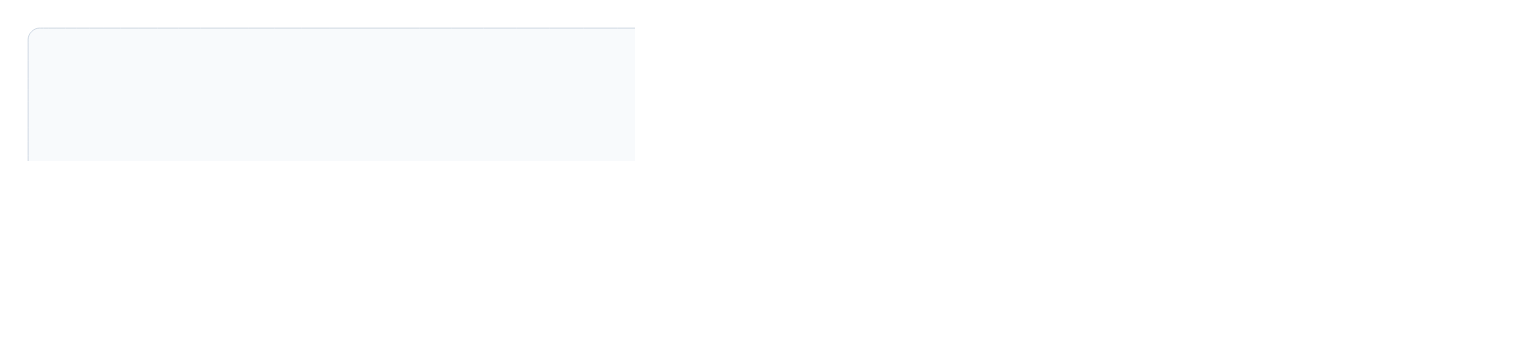
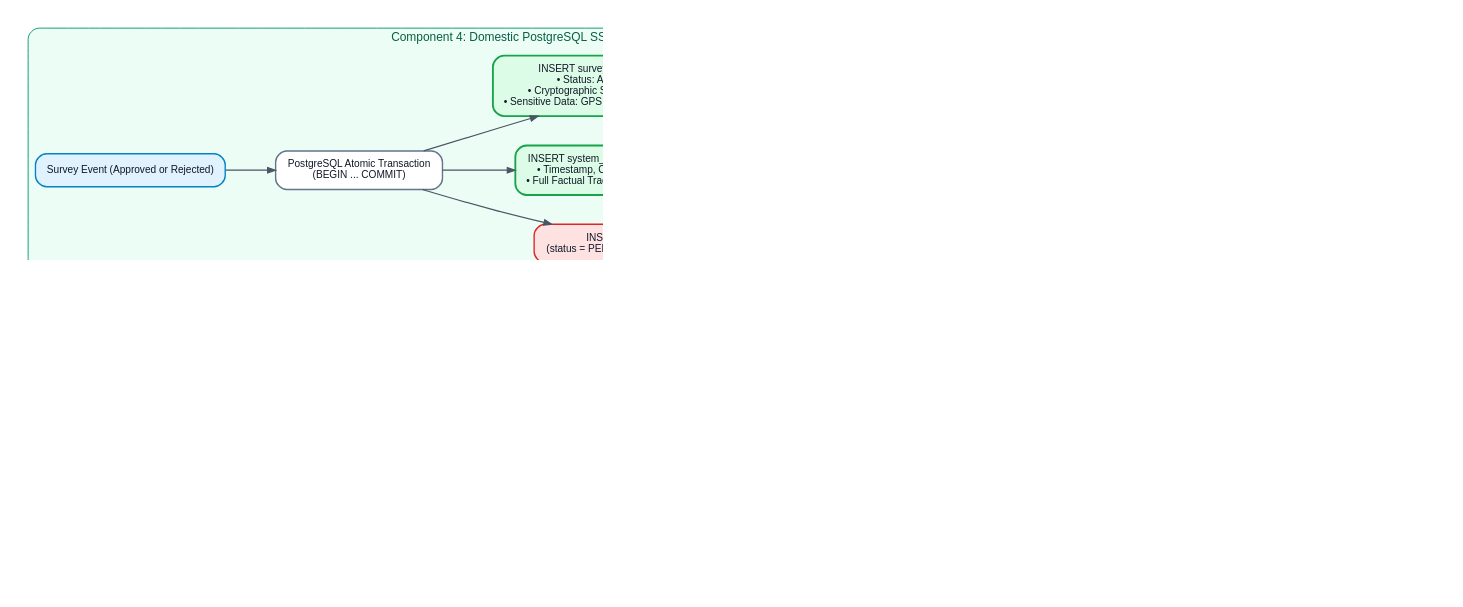
The diagram in docs/charts/dot/05_component_4_persistence_customer_delivery.dot (btanh3812155/survey-pipeline), drawn with Graphviz before and after one commit. The commit also changed 5 other files, not shown here.

Commit message:
feat(ssot): re-center architecture around domestic PostgreSQL SSOT and add full-spectrum legal audit trail

```diff
--- a/docs/charts/dot/05_component_4_persistence_customer_delivery.dot
+++ b/docs/charts/dot/05_component_4_persistence_customer_delivery.dot
@@ -1,67 +1,70 @@
 
 digraph G {
     graph [
         rankdir=LR,
         bgcolor="white",
         dpi=180,
         compound=true,
         nodesep=0.45,
         ranksep=0.75,
         fontname="Helvetica, Arial, sans-serif",
         fontsize=13,
         fontcolor="#111827",
         pad="0.3,0.3"
     ];
     node [
         fontname="Helvetica, Arial, sans-serif",
         fontsize=11,
         fontcolor="#111827",
         shape=box,
         style="rounded,filled",
         fillcolor="#f9fafb",
         color="#9ca3af",
         penwidth=1.5,
         margin="0.2,0.12"
     ];
     edge [
         fontname="Helvetica, Arial, sans-serif",
         fontsize=10,
         fontcolor="#4b5563",
         color="#4b5563",
         penwidth=1.3,
         arrowsize=0.85
     ];
 
-    subgraph cluster_persistence {
-        label="Component 4: Persistence, Transactional Outbox & Delivery";
-        style="rounded,filled";
-        fillcolor="#f8fafc";
-        color="#cbd5e1";
+    subgraph cluster_ssot_hub {
+        label="Component 4: Domestic PostgreSQL SSOT & Legal Audit Engine (Vietnam Hosted)";
+        style="rounded,filled"; fillcolor="#ecfdf5"; color="#059669"; fontcolor="#065f46";
 
-        survey_event_in [label="Survey Event\n(Approved or Rejected)", fillcolor="#e0f2fe", color="#0284c7"];
+        survey_event_in [label="Survey Event (Approved or Rejected)", fillcolor="#e0f2fe", color="#0284c7"];
         sql_tx [label="PostgreSQL Atomic Transaction\n(BEGIN ... COMMIT)", fillcolor="#ffffff", color="#64748b"];
-        sub_table [label="INSERT survey_submissions\n(status: APPROVED or REJECTED)", fillcolor="#e0f2fe", color="#0284c7"];
-        outbox_table [label="INSERT outbox_events\n(status = PENDING for Approved)", fillcolor="#fee2e2", color="#dc2626"];
-        tg_push [label="Telegram Bot Response\n(Pushed directly to Driver DM:\nApproval Confirmation or Rejection + Retake Link)", fillcolor="#e0f2fe", color="#0284c7"];
+        sub_table [label="INSERT survey_submissions (SSOT Master)\n• Status: APPROVED or REJECTED\n• Cryptographic Seal: audit_seal_hash (SHA-256)\n• Sensitive Data: GPS Coordinates + Touchscreen Signature", fillcolor="#dcfce7", color="#16a34a", penwidth=2.0];
+        audit_log [label="INSERT system_audit_log (Immutable Audit Trail)\n• Timestamp, Component, Action, Actor ID, IP\n• Full Factual Trace for Decree 13 / A05 Inspection", fillcolor="#dcfce7", color="#16a34a", penwidth=2.0];
+        outbox_table [label="INSERT outbox_events\n(status = PENDING for Approved Events)", fillcolor="#fee2e2", color="#dc2626"];
+        tg_push [label="Telegram Bot API Push\n(Dispatches Instant Notice to Driver DM)", fillcolor="#e0f2fe", color="#0284c7"];
+    }
+
+    subgraph cluster_downstream_dispatch {
+        label="Downstream Consumers (Projected from PostgreSQL SSOT)";
+        style="rounded,filled"; fillcolor="#f8fafc"; color="#cbd5e1";
 
         poller [label="Background Outbox Worker\n(SELECT FOR UPDATE SKIP LOCKED)", fillcolor="#fef3c7", color="#d97706"];
-        r2_upload [label="Cloudflare R2 Object Storage\n(Upload WebP, $0 Egress)", fillcolor="#ffffff", color="#64748b"];
-        ledger_credit [label="Credit Payout to Ledger\ncollaborator_billing_ledger", fillcolor="#dcfce7", color="#16a34a"];
-
-        gdrive_sync [label="Google Drive API Delivery\n(Service Account Upload)", fillcolor="#e0e7ff", color="#4338ca"];
-        gdrive_folder [label="Customer Delivery Folder\n(YYYY-MM-DD/Client_Spreadsheet.xlsx)", fillcolor="#dcfce7", color="#16a34a"];
-
-        lark_sync [label="Lark Base Bi-directional Sync\n(Updates Management Dashboard)", fillcolor="#ede9fe", color="#7c3aed"];
+        s3_upload [label="Domestic Encrypted S3 / MinIO\n(Permanent Vehicle Photo Storage in VN)", fillcolor="#ffffff", color="#64748b"];
+        ledger_credit [label="Financial Payout Credit\ncollaborator_billing_ledger (ACID Payout Audit)", fillcolor="#dcfce7", color="#16a34a"];
+        gdrive_sync [label="Google Drive API Customer Delivery\n(Curated Client Spreadsheets & Photos)", fillcolor="#fef3c7", color="#d97706"];
+        lark_sync [label="Lark Base Management Sync\n(Updates Admin Grid, QC Kanban, Telesales)", fillcolor="#ede9fe", color="#7c3aed"];
         zns_notify [label="Zalo ZNS Official Thank-You\n(Delivered to Driver Phone)", fillcolor="#e0f2fe", color="#0284c7"];
     }
+
     survey_event_in -> sql_tx;
     sql_tx -> sub_table;
-    sql_tx -> outbox_table [label="If Approved"];
-    sub_table -> tg_push [label="Direct DM Push to Driver\n(Approved or Rejected)"];
-    outbox_table -> poller [label="Poll Events"];
-    poller -> r2_upload;
+    sql_tx -> audit_log;
+    sql_tx -> outbox_table;
+    sub_table -> tg_push [label="Committed State -> Immediate Push"];
+    outbox_table -> poller [label="Poll Events (SSOT Driven)"];
+    poller -> s3_upload;
     poller -> ledger_credit;
-    poller -> gdrive_sync -> gdrive_folder;
+    poller -> gdrive_sync;
     poller -> lark_sync;
     poller -> zns_notify;
 }
```
